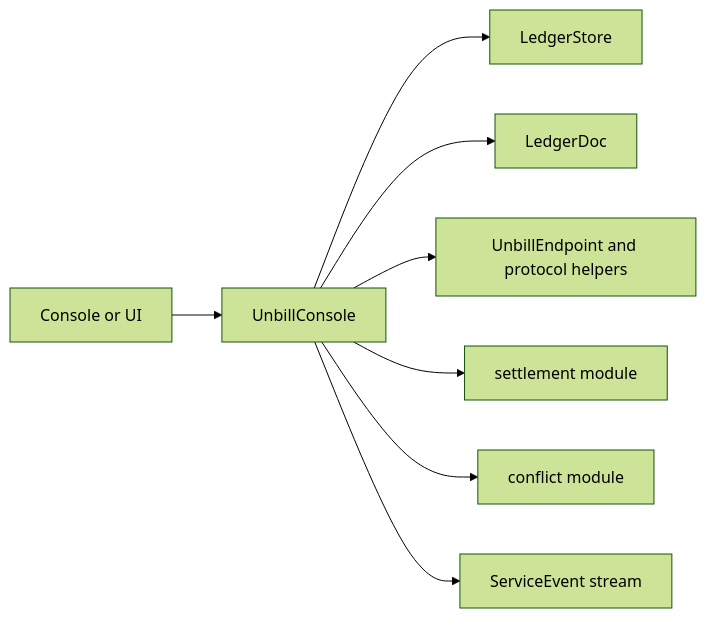
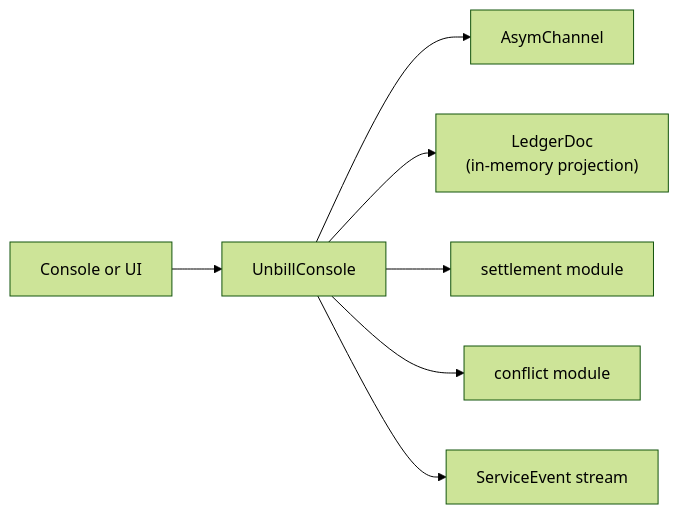
Before and after one commit to unbill-project/unbill: the diagram in crates/unbill-console/src/service/DESIGN.md, drawn with Mermaid (forest theme). The commit also changed other lines of this file and 3 other files, not shown here.

````diff
--- a/crates/unbill-console/src/service/DESIGN.md
+++ b/crates/unbill-console/src/service/DESIGN.md
@@ -7,10 +7,9 @@
 ```mermaid
 flowchart LR
     Shell["Console or UI"] --> Service["UnbillConsole"]
-    Service --> Store["LedgerStore"]
-    Service --> Doc["LedgerDoc"]
-    Service --> Net["UnbillEndpoint and protocol helpers"]
+    Service --> AsymCh["AsymChannel"]
+    Service --> Doc["LedgerDoc\n(in-memory projection)"]
     Service --> Settlement["settlement module"]
     Service --> Conflict["conflict module"]
     Service --> Events["ServiceEvent stream"]
 ```
````
